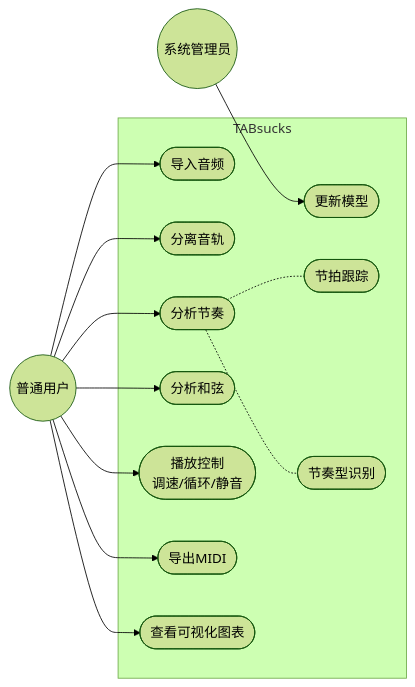
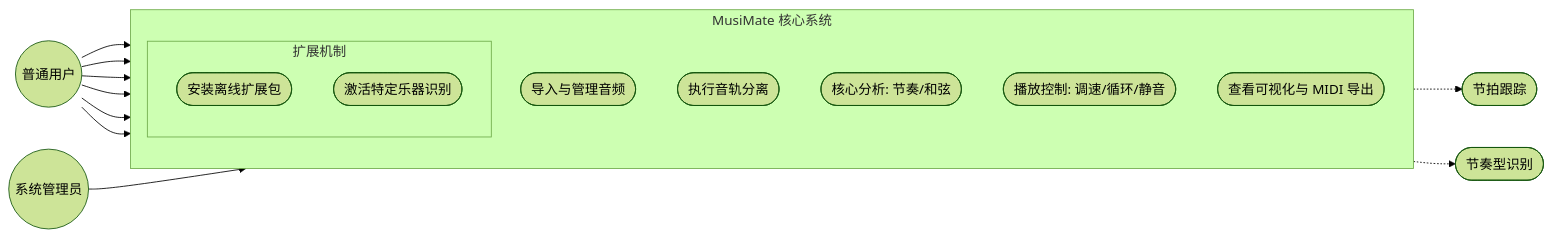
One commit to GotoMiyuki/TABsucks changed the first of 3 diagrams in 需求构思与建模.md. Above: the diagram before and after it, drawn with Mermaid (forest theme). The commit also changed other lines of this file, not shown here.

````diff
--- a/需求构思与建模.md
+++ b/需求构思与建模.md
@@ -97,32 +99,31 @@
 ```mermaid
 flowchart LR
     User((普通用户))
     Admin((系统管理员))
 
-    subgraph TABsucks
-        UC1([导入音频])
-        UC2([分离音轨])
-        UC3([分析节奏])
-        UC4([分析和弦])
-        UC5([播放控制<br>调速/循环/静音])
-        UC6([导出MIDI])
-        UC7([查看可视化图表])
-        UC8([更新模型])
+    subgraph MusiMate_System [MusiMate 核心系统]
+        direction TB
+        UC1([导入与管理音频])
+        UC2([执行音轨分离])
+        UC3([核心分析: 节奏/和弦])
+        UC5([播放控制: 调速/循环/静音])
+        UC7([查看可视化与 MIDI 导出])
         
-        UC3_1([节拍跟踪])
-        UC3_2([节奏型识别])
+        subgraph Plugin_Extension [扩展机制]
+            UC8([安装离线扩展包])
+            UC9([激活特定乐器识别])
+        end
     end
 
     User --> UC1
     User --> UC2
     User --> UC3
-    User --> UC4
     User --> UC5
-    User --> UC6
     User --> UC7
+    User --> UC9
 
     Admin --> UC8
-
-    UC3 -.- UC3_1
-    UC3 -.- UC3_2
+    
+    UC3 -.-> UC3_1([节拍跟踪])
+    UC3 -.-> UC3_2([节奏型识别])
 ```
````
